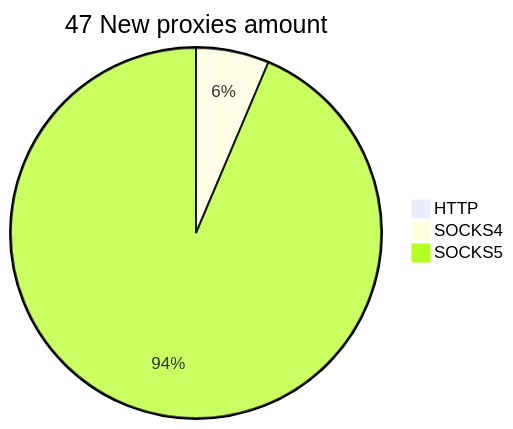
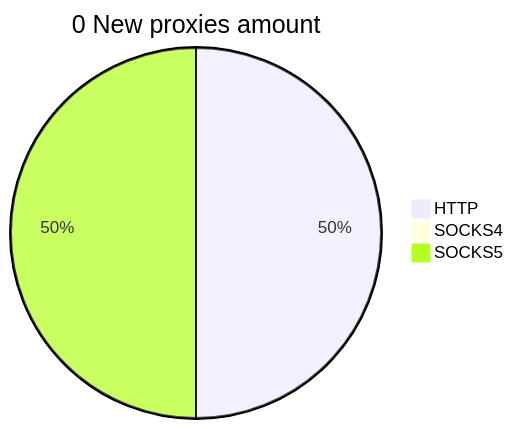
The second of 2 diagrams in README.md (cutipu/proxylist), drawn with Mermaid before and after one commit. The commit also changed other lines of this file, not shown here.

````diff
--- a/README.md
+++ b/README.md
@@ -10,6 +10,6 @@
 ```mermaid
-pie title 47 New proxies amount
-    "HTTP" : 0
-    "SOCKS4" : 3
-    "SOCKS5" : 44
+pie title 0 New proxies amount
+    "HTTP" : 1
+    "SOCKS4" : 0
+    "SOCKS5" : 1
 ```
````
